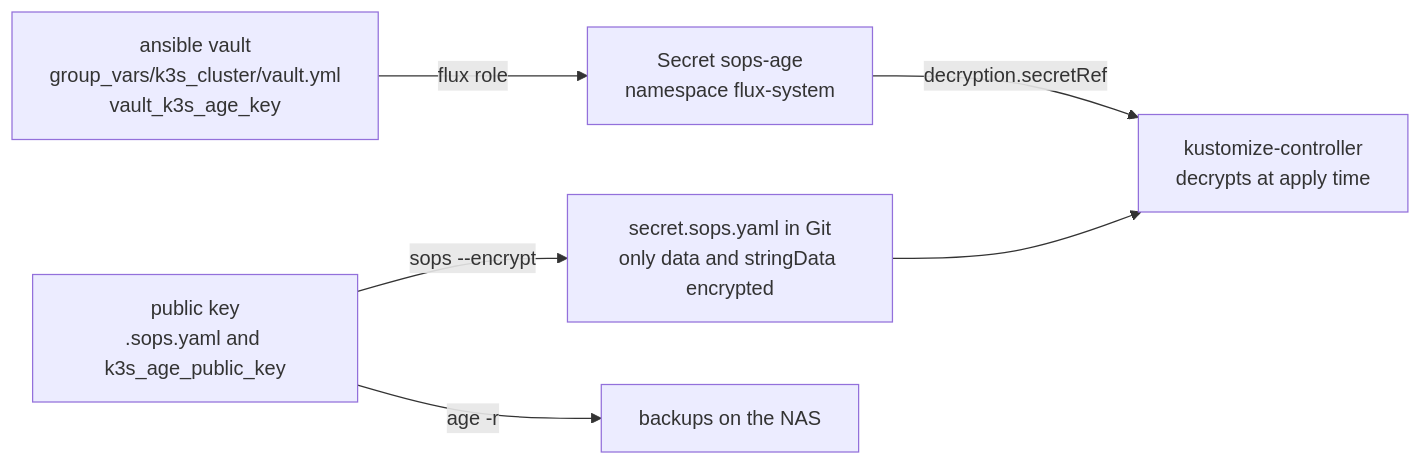
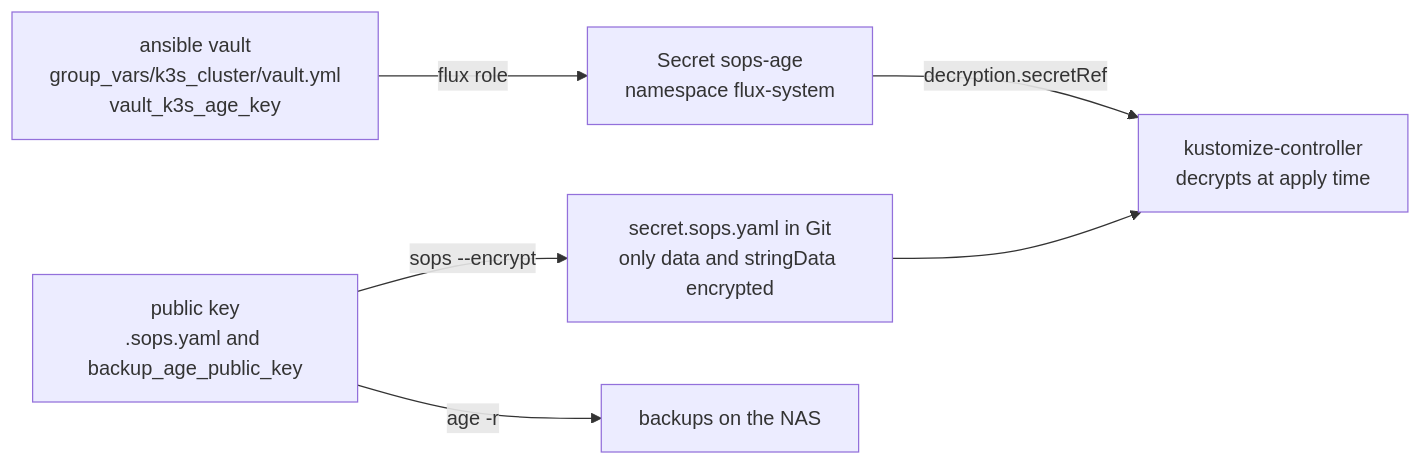
Before and after one commit to mackyruiz/homelab: the sixth of 8 diagrams in docs/k3s.md, drawn with Mermaid. The commit also changed other lines of this file and 34 other files, not shown here.

First line of the commit message:
Rename k3s_backup role to generic backup role, block unmanaged nas containers from the public mirror

````diff
--- a/docs/k3s.md
+++ b/docs/k3s.md
@@ -164,8 +166,8 @@
 ```mermaid
 flowchart LR
     V["ansible vault<br/>group_vars/k3s_cluster/vault.yml<br/>vault_k3s_age_key"] -->|"flux role"| S["Secret sops-age<br/>namespace flux-system"]
     S -->|"decryption.secretRef"| K["kustomize-controller<br/>decrypts at apply time"]
-    P["public key<br/>.sops.yaml and k3s_age_public_key"] -->|"sops --encrypt"| F["secret.sops.yaml in Git<br/>only data and stringData encrypted"]
+    P["public key<br/>.sops.yaml and backup_age_public_key"] -->|"sops --encrypt"| F["secret.sops.yaml in Git<br/>only data and stringData encrypted"]
     F --> K
     P -->|"age -r"| B["backups on the NAS"]
 ```
````
